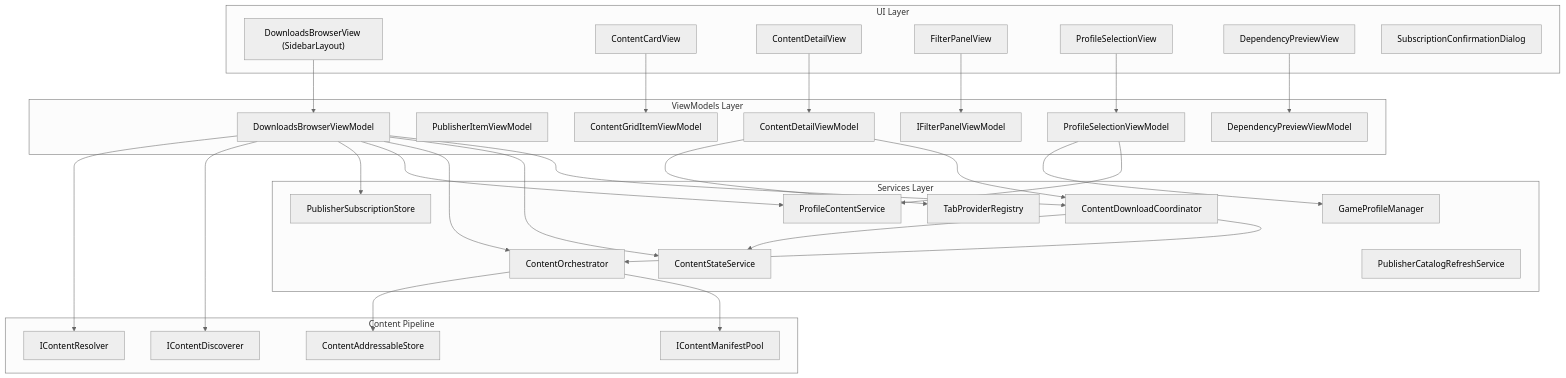
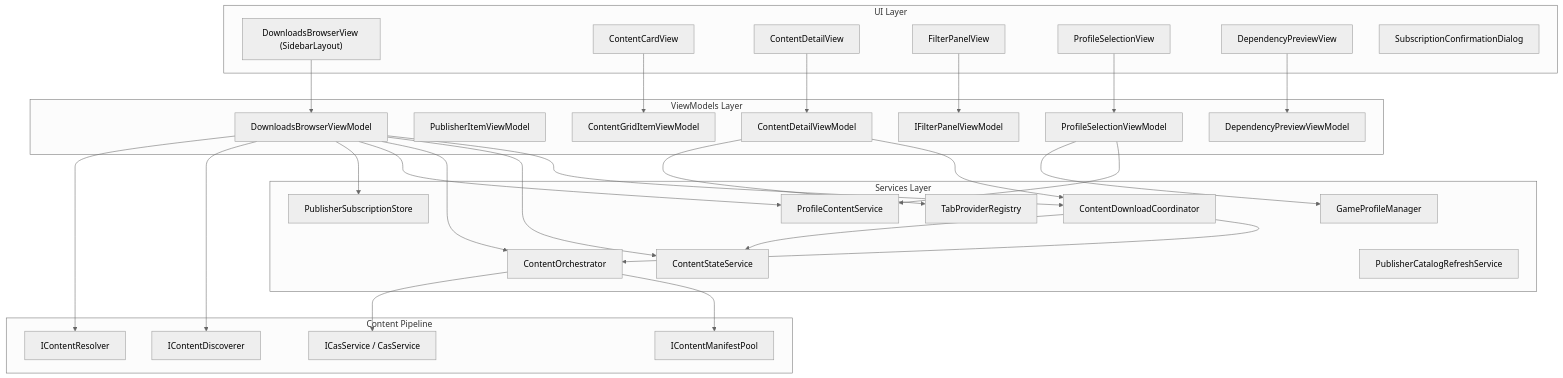
The first of 5 diagrams in docs/features/downloads.md (undead2146/GenHub), drawn with Mermaid (neutral theme) before and after one commit. The commit also changed other lines of this file and 16 other files, not shown here.

````diff
--- a/docs/features/downloads.md
+++ b/docs/features/downloads.md
@@ -38,64 +38,64 @@
 ```mermaid
 graph TB
     subgraph UI["UI Layer"]
         DBV["DownloadsBrowserView (SidebarLayout)"]
         CCV["ContentCardView"]
         CDV["ContentDetailView"]
         FPV["FilterPanelView"]
         PSV["ProfileSelectionView"]
         DPV["DependencyPreviewView"]
         SCD["SubscriptionConfirmationDialog"]
     end
 
     subgraph ViewModels["ViewModels Layer"]
         DBVM["DownloadsBrowserViewModel"]
         PVM["PublisherItemViewModel"]
         FVM["IFilterPanelViewModel"]
         CGVM["ContentGridItemViewModel"]
         CDVM["ContentDetailViewModel"]
         PSVM["ProfileSelectionViewModel"]
         DPVM["DependencyPreviewViewModel"]
     end
 
     subgraph Services["Services Layer"]
         CDC["ContentDownloadCoordinator"]
         CSS["ContentStateService"]
         CO["ContentOrchestrator"]
         PCS["ProfileContentService"]
         GPM["GameProfileManager"]
         PSS["PublisherSubscriptionStore"]
         PCRS["PublisherCatalogRefreshService"]
         TPR["TabProviderRegistry"]
     end
 
     subgraph Pipeline["Content Pipeline"]
         CD["IContentDiscoverer"]
         CR["IContentResolver"]
         CMP["IContentManifestPool"]
-        CAS["ContentAddressableStore"]
+        CAS["ICasService / CasService"]
     end
 
     DBV --> DBVM
     CCV --> CGVM
     CDV --> CDVM
     FPV --> FVM
     PSV --> PSVM
     DPV --> DPVM
 
     DBVM --> CDC
     DBVM --> CSS
     DBVM --> CO
     DBVM --> PCS
     DBVM --> PSS
     DBVM --> CD
     DBVM --> CR
 
     CDC --> CO
     CDC --> CSS
     CO --> CMP
     CO --> CAS
     CDVM --> CDC
     CDVM --> TPR
     PSVM --> PCS
     PSVM --> GPM
 ```
````
